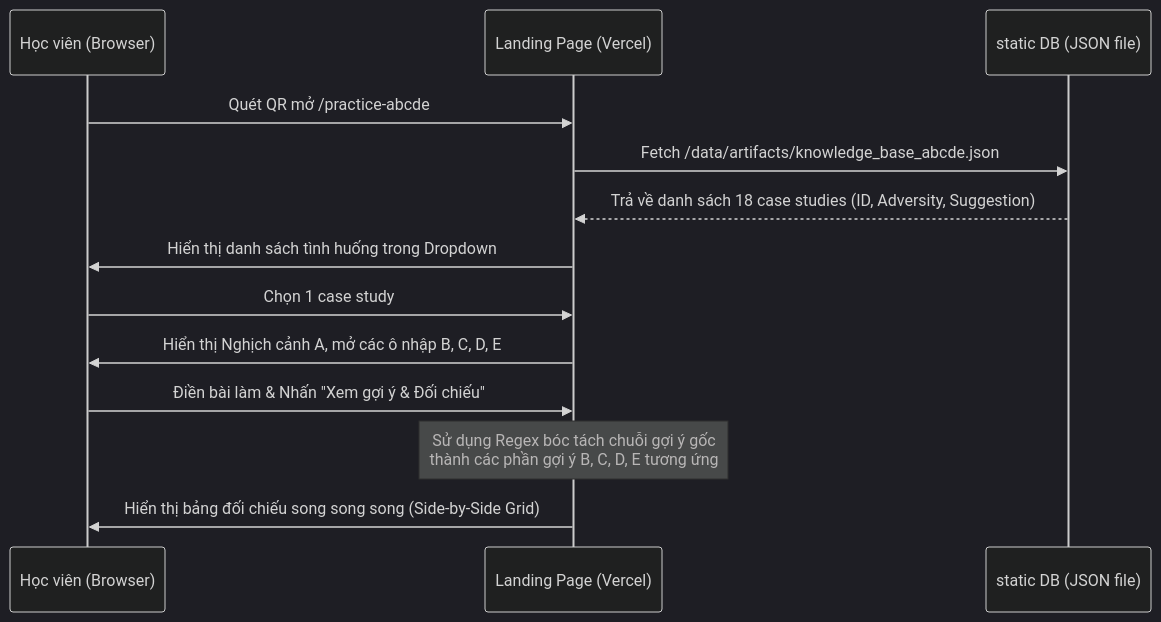
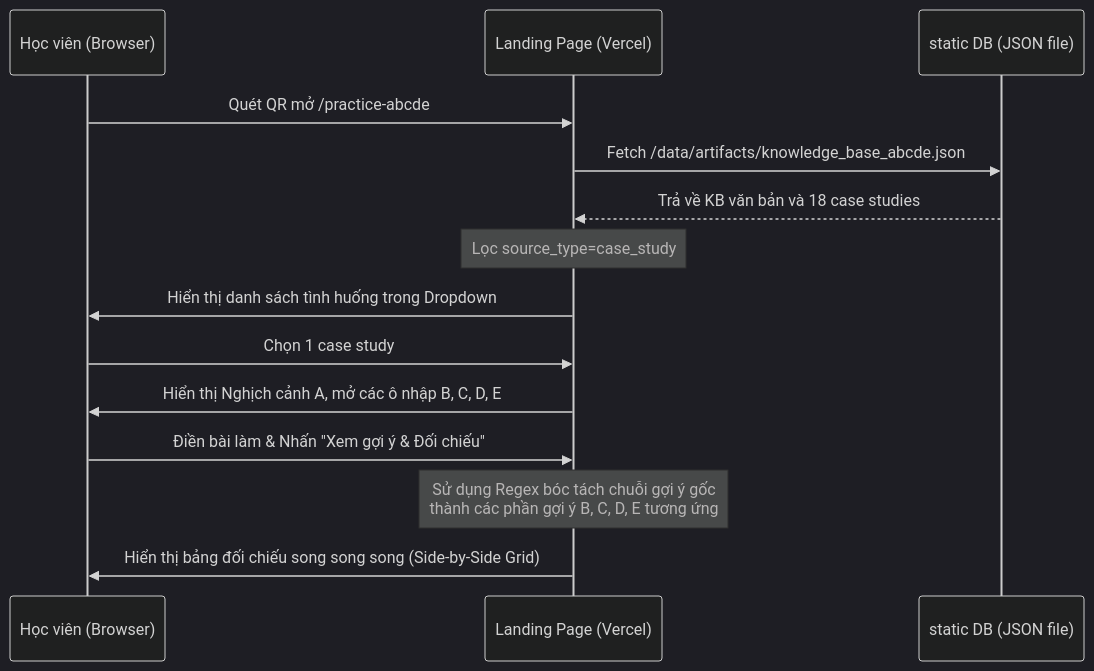
Before and after one commit to culturecodefeedforward/DeliveringHappiness: the fourth of 4 diagrams in docs/system-architecture.md, drawn with Mermaid (dark theme). The commit also changed other lines of this file and 28 other files, not shown here.

````diff
--- a/docs/system-architecture.md
+++ b/docs/system-architecture.md
@@ -106,18 +121,19 @@
 ```mermaid
 sequenceDiagram
     participant User as Học viên (Browser)
     participant Web as Landing Page (Vercel)
     participant JSON as static DB (JSON file)
 
     User->>Web: Quét QR mở /practice-abcde
     Web->>JSON: Fetch /data/artifacts/knowledge_base_abcde.json
-    JSON-->>Web: Trả về danh sách 18 case studies (ID, Adversity, Suggestion)
+    JSON-->>Web: Trả về KB văn bản và 18 case studies
+    Note over Web: Lọc source_type=case_study
     Web->>User: Hiển thị danh sách tình huống trong Dropdown
     
     User->>Web: Chọn 1 case study
     Web->>User: Hiển thị Nghịch cảnh A, mở các ô nhập B, C, D, E
     
     User->>Web: Điền bài làm & Nhấn "Xem gợi ý & Đối chiếu"
     Note over Web: Sử dụng Regex bóc tách chuỗi gợi ý gốc<br/>thành các phần gợi ý B, C, D, E tương ứng
     Web->>User: Hiển thị bảng đối chiếu song song song (Side-by-Side Grid)
 ```
````
